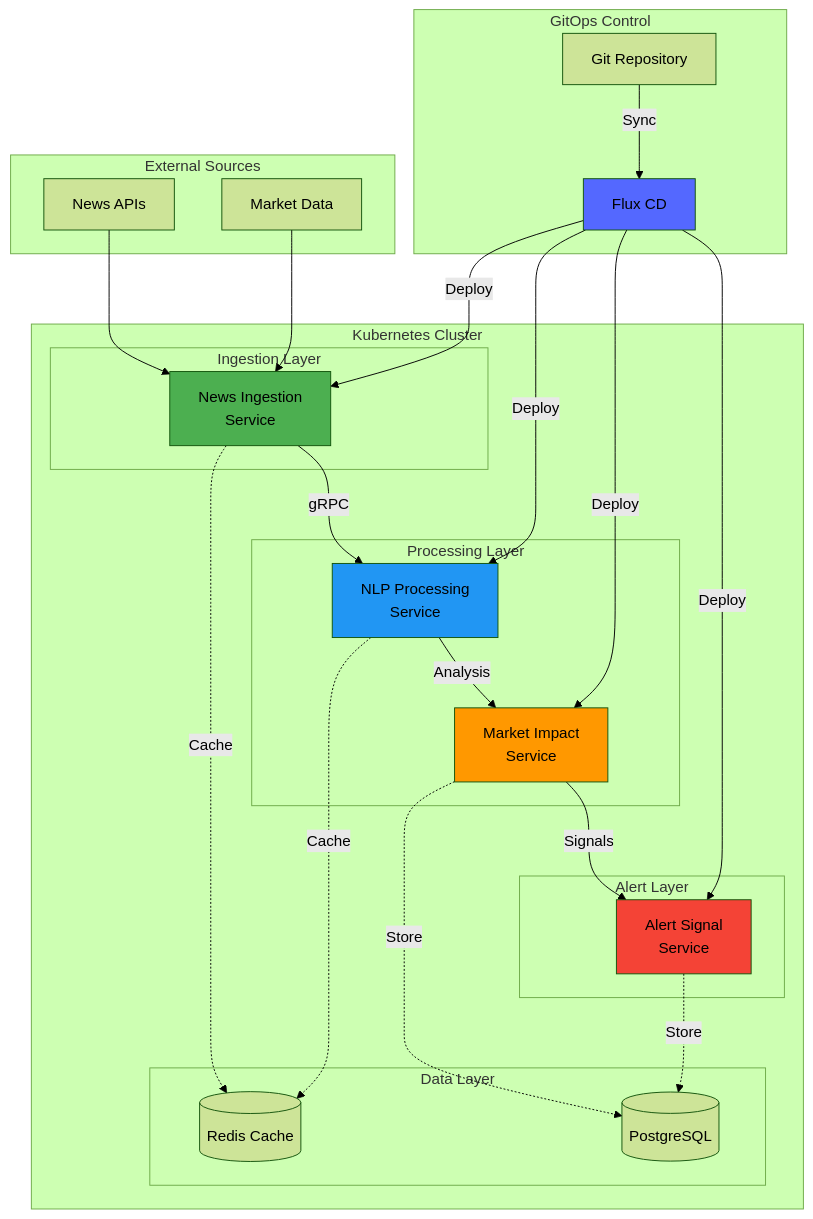
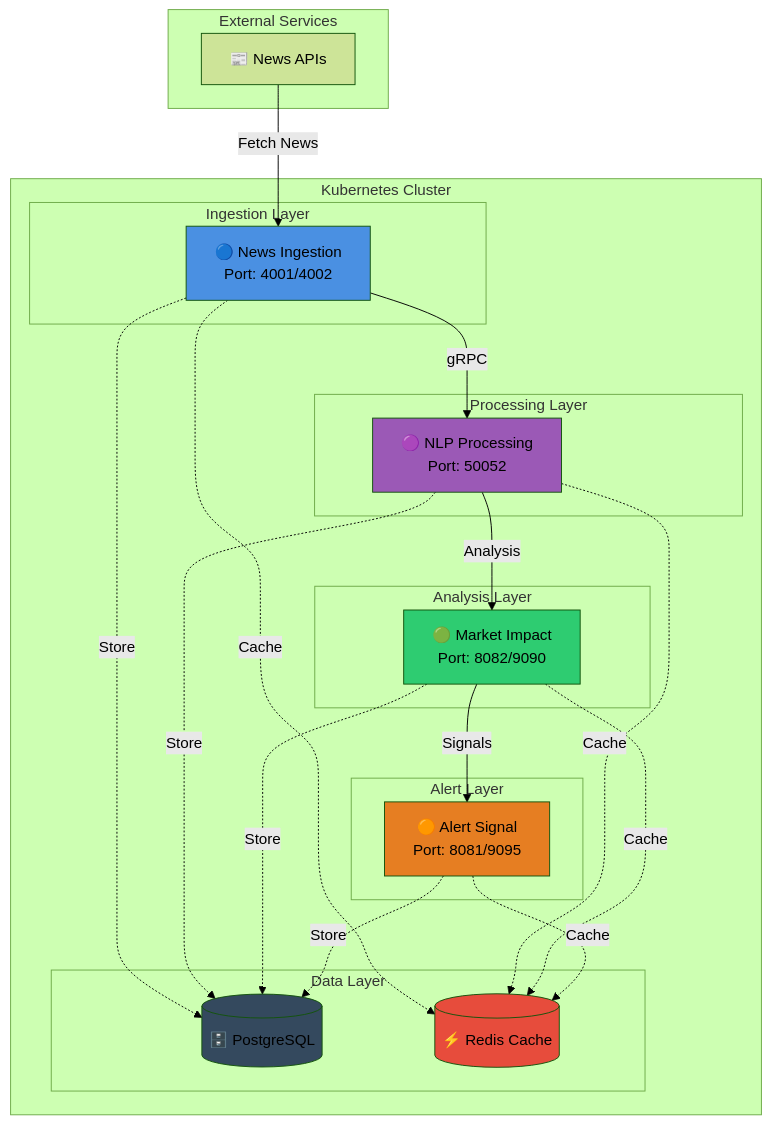
The first of 12 diagrams in README.md (Saoudyahya/Flux-gitops-Market-Impact-Analysis-system), drawn with Mermaid (forest theme) before and after one commit. The commit also changed other lines of this file, not shown here.

````diff
--- a/README.md
+++ b/README.md
@@ -77,55 +95,51 @@
 ```mermaid
 graph TB
-    subgraph "External Sources"
-        NEWS[News APIs]
-        MARKET[Market Data]
+    subgraph "External Services"
+        NewsAPI[📰 News APIs]
     end
-
+    
     subgraph "Kubernetes Cluster"
         subgraph "Ingestion Layer"
-            NI[News Ingestion<br/>Service]
+            NI[🔵 News Ingestion<br/>Port: 4001/4002]
         end
-
+        
         subgraph "Processing Layer"
-            NLP[NLP Processing<br/>Service]
-            MI[Market Impact<br/>Service]
+            NLP[🟣 NLP Processing<br/>Port: 50052]
         end
-
+        
+        subgraph "Analysis Layer"
+            MI[🟢 Market Impact<br/>Port: 8082/9090]
+        end
+        
         subgraph "Alert Layer"
-            AS[Alert Signal<br/>Service]
+            AS[🟠 Alert Signal<br/>Port: 8081/9095]
         end
-
+        
         subgraph "Data Layer"
-            REDIS[(Redis Cache)]
-            PG[(PostgreSQL)]
+            DB[(🗄️ PostgreSQL)]
+            Redis[(⚡ Redis Cache)]
         end
     end
-
-    subgraph "GitOps Control"
-        FLUX[Flux CD]
-        GIT[Git Repository]
-    end
-
-    NEWS --> NI
-    MARKET --> NI
+    
+    NewsAPI -->|Fetch News| NI
     NI -->|gRPC| NLP
     NLP -->|Analysis| MI
     MI -->|Signals| AS
     
-    NI -.->|Cache| REDIS
-    NLP -.->|Cache| REDIS
-    MI -.->|Store| PG
-    AS -.->|Store| PG
-
-    GIT -->|Sync| FLUX
-    FLUX -->|Deploy| NI
-    FLUX -->|Deploy| NLP
-    FLUX -->|Deploy| MI
-    FLUX -->|Deploy| AS
-
-    style NI fill:#4CAF50
-    style NLP fill:#2196F3
-    style MI fill:#FF9800
-    style AS fill:#F44336
-    style FLUX fill:#5468FF
+    NI -.->|Store| DB
+    NLP -.->|Store| DB
+    MI -.->|Store| DB
+    AS -.->|Store| DB
+    
+    NI -.->|Cache| Redis
+    NLP -.->|Cache| Redis
+    MI -.->|Cache| Redis
+    AS -.->|Cache| Redis
+    
+    style NI fill:#4A90E2
+    style NLP fill:#9B59B6
+    style MI fill:#2ECC71
+    style AS fill:#E67E22
+    style DB fill:#34495E
+    style Redis fill:#E74C3C
 ```
````
